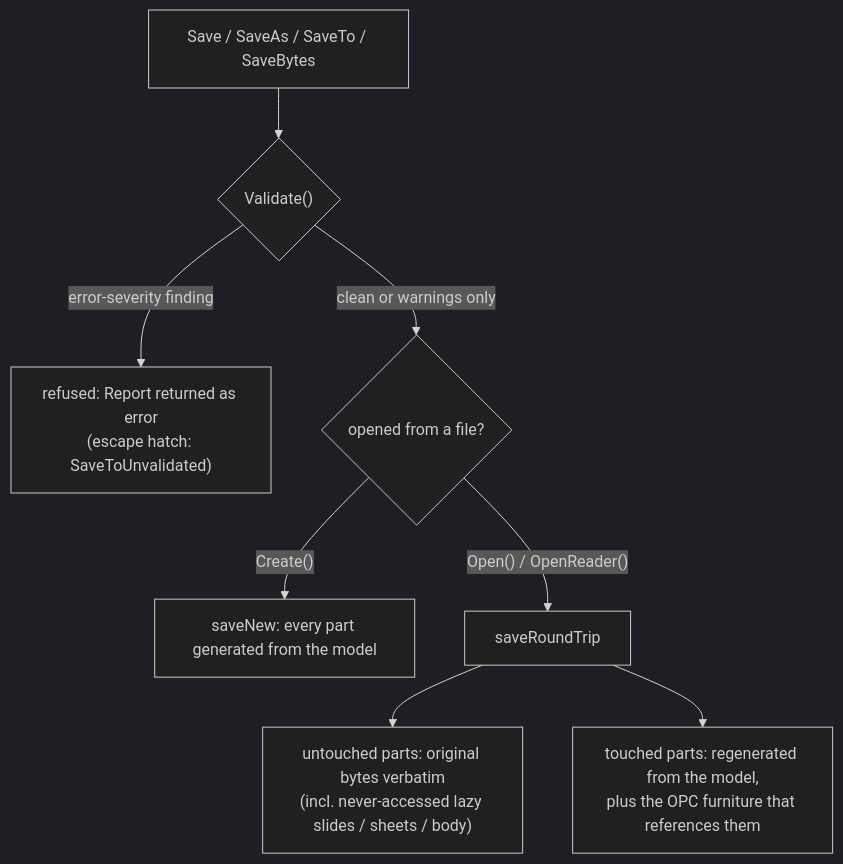
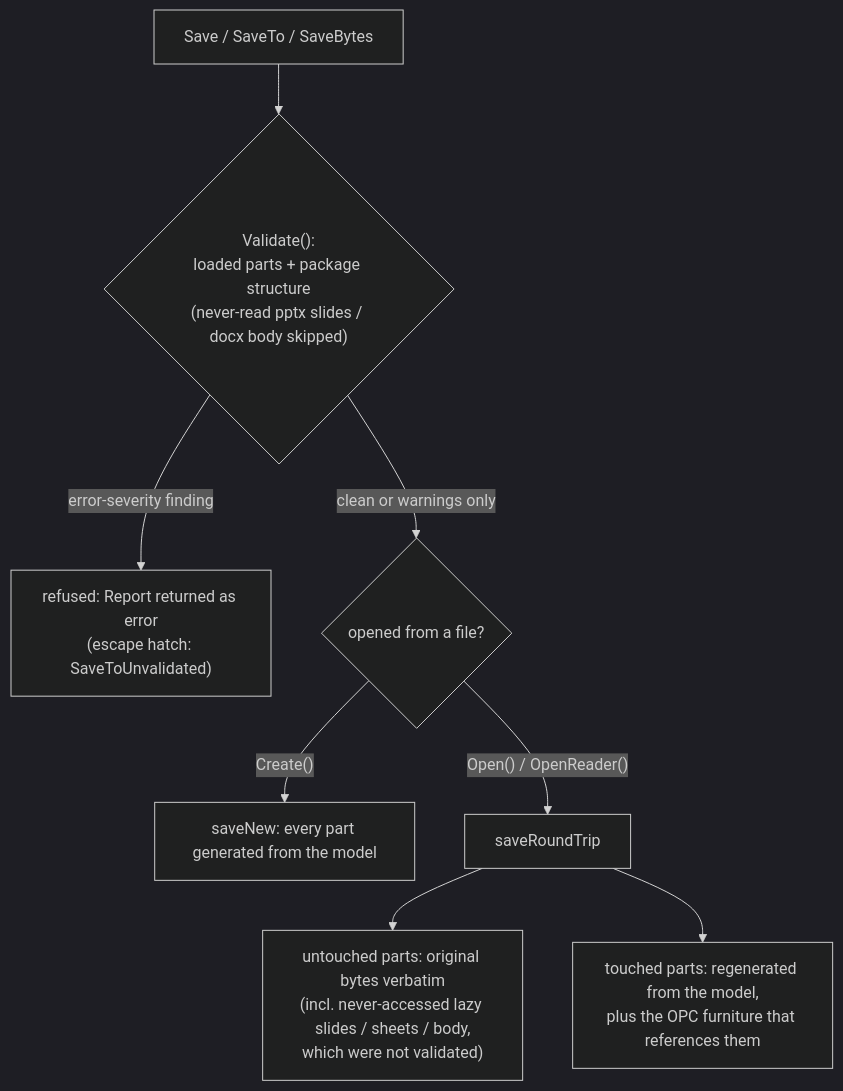
The second of 3 diagrams in docs/architecture.md (mgilbir/spine), drawn with Mermaid (dark theme) before and after one commit. The commit also changed other lines of this file and 12 other files, not shown here.

````diff
--- a/docs/architecture.md
+++ b/docs/architecture.md
@@ -52,10 +73,10 @@
 ```mermaid
 flowchart TD
-    A["Save / SaveAs / SaveTo / SaveBytes"] --> V{"Validate()"}
+    A["Save / SaveTo / SaveBytes"] --> V{"Validate():<br/>loaded parts + package structure<br/>(never-read pptx slides / docx body skipped)"}
     V -- "error-severity finding" --> E["refused: Report returned as error<br/>(escape hatch: SaveToUnvalidated)"]
     V -- "clean or warnings only" --> O{"opened from a file?"}
     O -- "Create()" --> N["saveNew: every part generated from the model"]
     O -- "Open() / OpenReader()" --> R["saveRoundTrip"]
-    R --> P["untouched parts: original bytes verbatim<br/>(incl. never-accessed lazy slides / sheets / body)"]
+    R --> P["untouched parts: original bytes verbatim<br/>(incl. never-accessed lazy slides / sheets / body,<br/>which were not validated)"]
     R --> G["touched parts: regenerated from the model,<br/>plus the OPC furniture that references them"]
 ```
````
